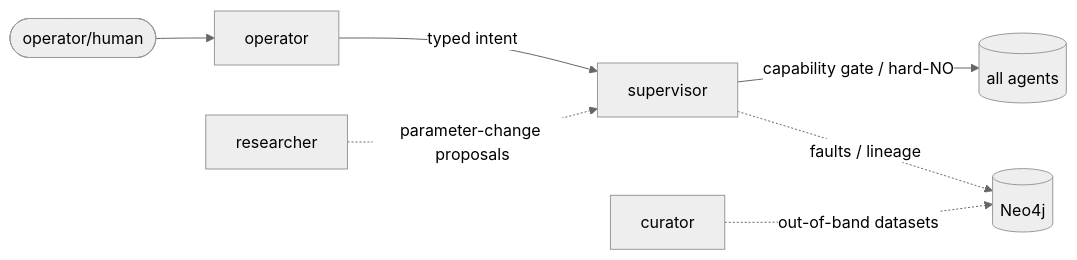
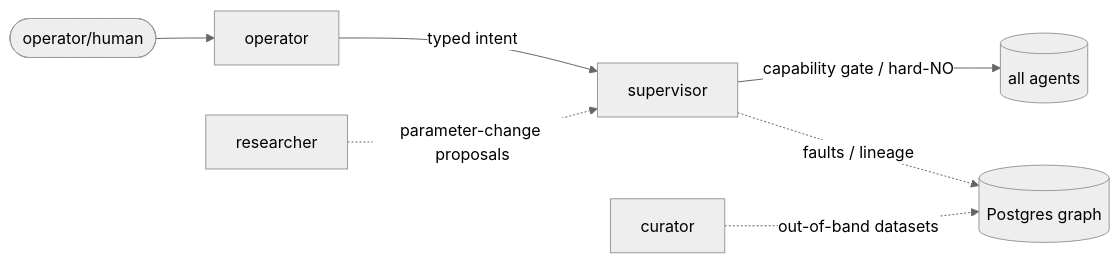
Before and after one commit to yury-gurevich/trading-agents: the second of 3 diagrams in docs/laws/flow.md, drawn with Mermaid (neutral theme). The commit also changed other lines of this file and 102 other files, not shown here.

````diff
--- a/docs/laws/flow.md
+++ b/docs/laws/flow.md
@@ -39,9 +39,9 @@
 ```mermaid
 flowchart LR
   HUMAN([operator/human]) --> OPER[operator]
   OPER -->|typed intent| SUP[supervisor]
   SUP -->|capability gate / hard-NO| ALL[(all agents)]
-  SUP -. faults / lineage .-> GRAPH[(Neo4j)]
+  SUP -. faults / lineage .-> GRAPH[(Postgres graph)]
   CURA[curator] -. out-of-band datasets .-> GRAPH
   RSCH[researcher] -. parameter-change proposals .-> SUP
 ```
````
